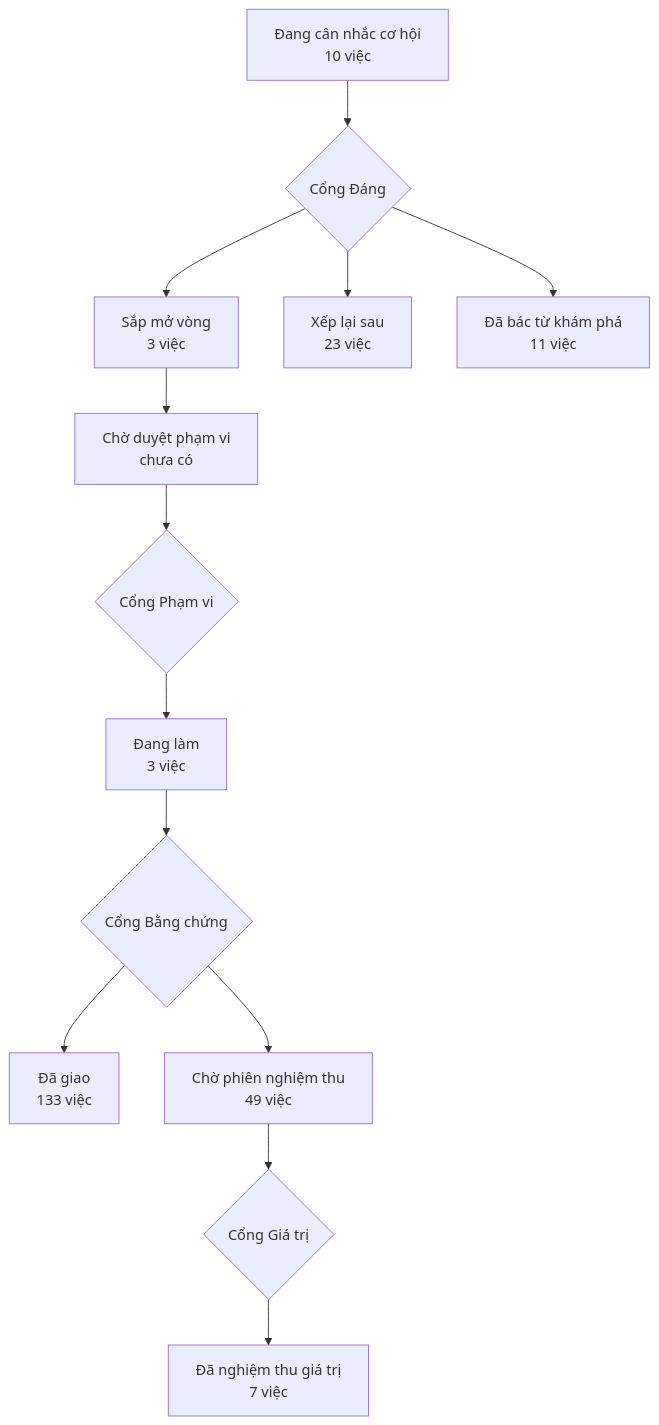
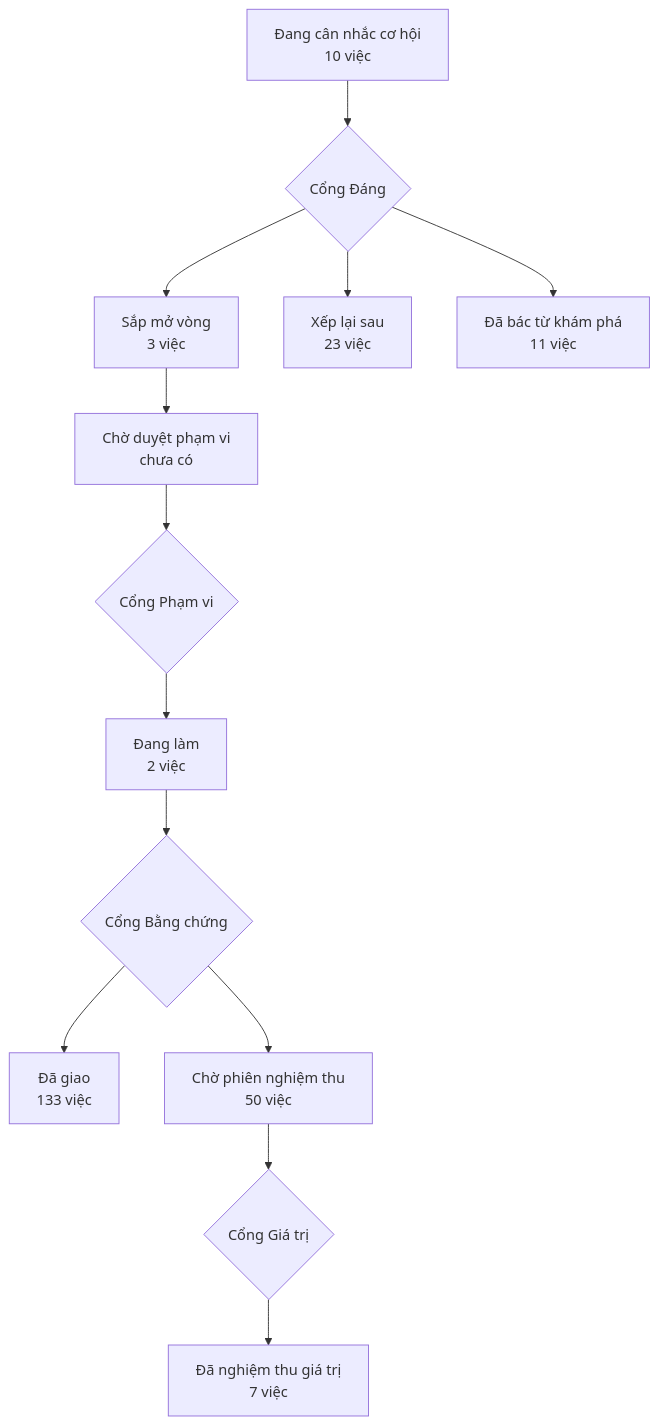
Before and after one commit to phanlemanh/acceptance-gate-kit: the diagram in PRODUCT-MAP.md, drawn with Mermaid. The commit also changed 7 other files, not shown here.

````diff
--- a/PRODUCT-MAP.md
+++ b/PRODUCT-MAP.md
@@ -7,12 +7,12 @@
 ```mermaid
 flowchart TD
   A["Đang cân nhắc cơ hội<br/>10 việc"] --> GD{"Cổng Đáng"}
   GD --> B["Sắp mở vòng<br/>3 việc"]
   GD --> XL["Xếp lại sau<br/>23 việc"]
   GD --> DB["Đã bác từ khám phá<br/>11 việc"]
   B --> CD["Chờ duyệt phạm vi<br/>chưa có"] --> GP{"Cổng Phạm vi"}
-  GP --> DL["Đang làm<br/>3 việc"] --> GB{"Cổng Bằng chứng"}
+  GP --> DL["Đang làm<br/>2 việc"] --> GB{"Cổng Bằng chứng"}
   GB --> DG["Đã giao<br/>133 việc"]
-  GB --> CN["Chờ phiên nghiệm thu<br/>49 việc"] --> GG{"Cổng Giá trị"}
+  GB --> CN["Chờ phiên nghiệm thu<br/>50 việc"] --> GG{"Cổng Giá trị"}
   GG --> NT["Đã nghiệm thu giá trị<br/>7 việc"]
 ```
````
